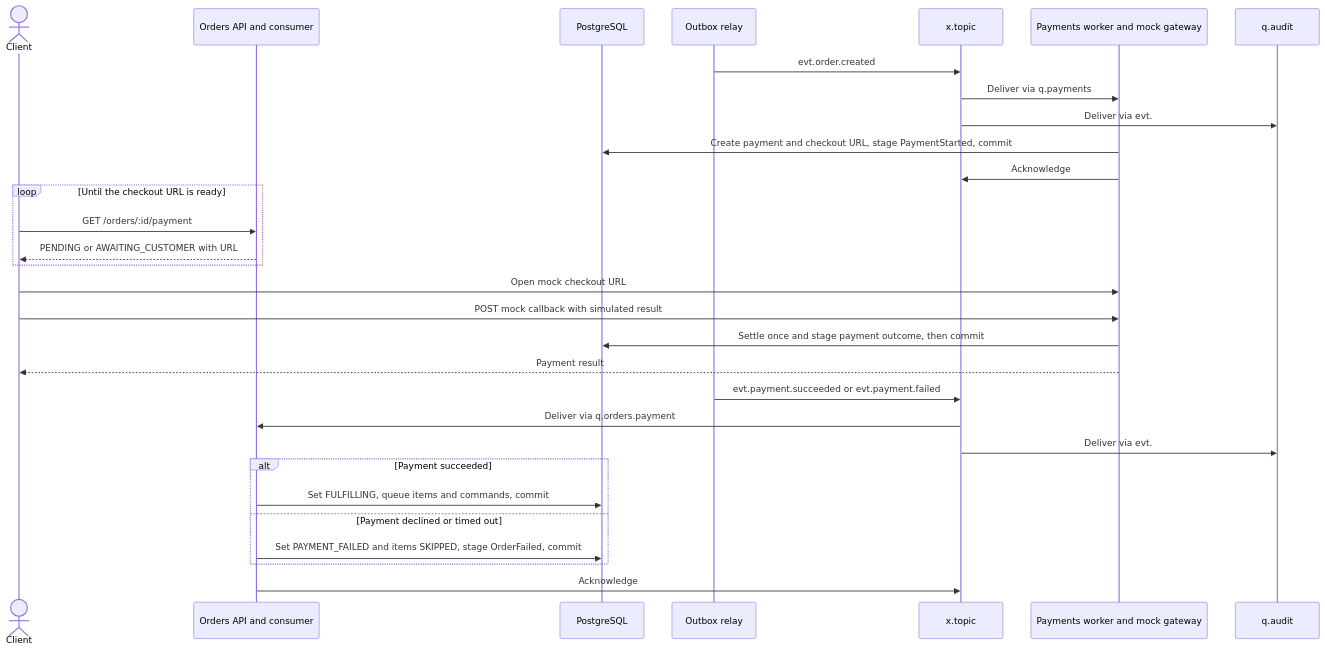
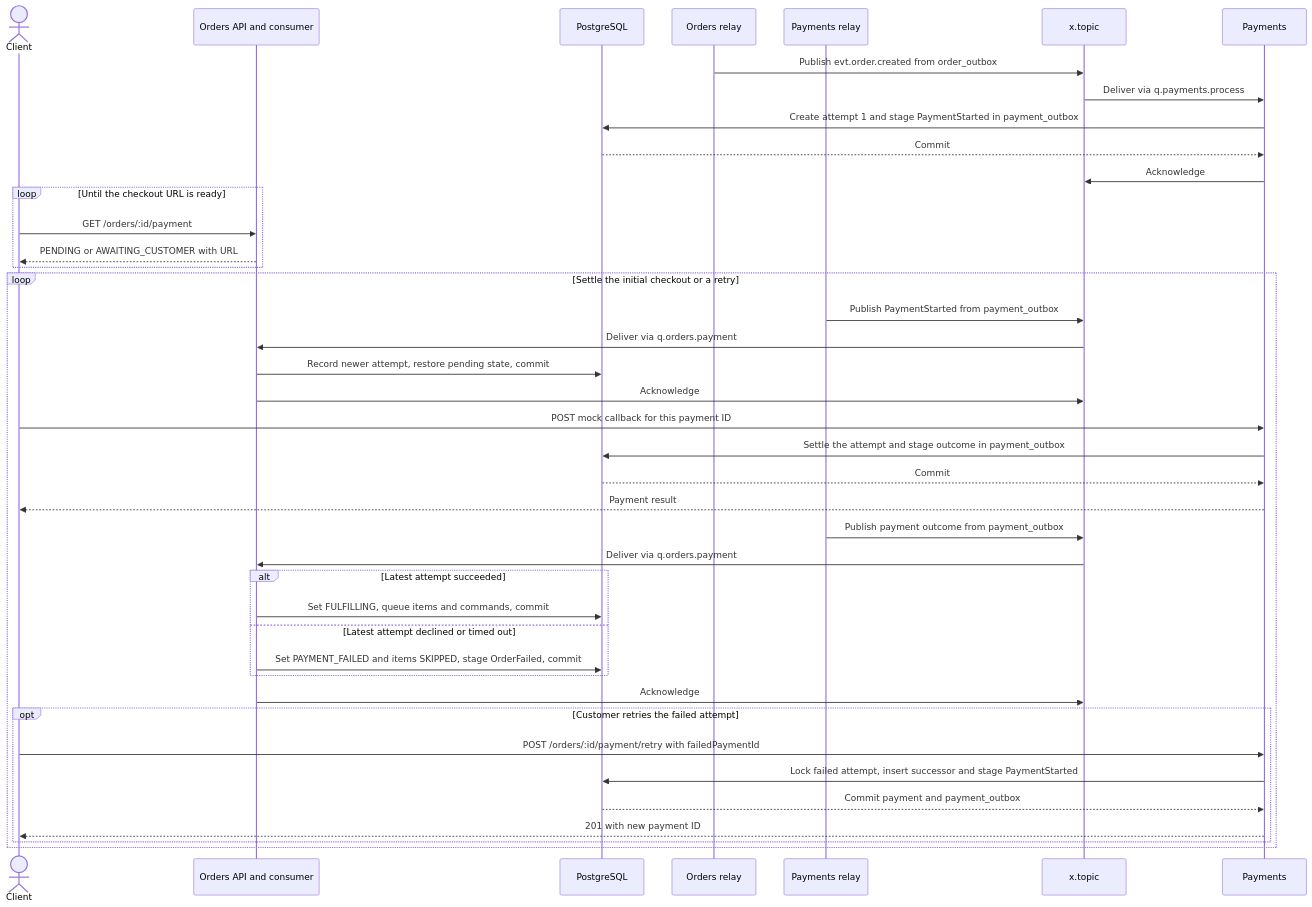
Before and after one commit to dinno7/distributed-ecommerce: the first of 2 diagrams in docs/diagrams/fulfill_order.md, drawn with Mermaid. The commit also changed other lines of this file and 1 other file, not shown here.

Commit message:
docs:  changes in seq diagrams

````diff
--- a/docs/diagrams/fulfill_order.md
+++ b/docs/diagrams/fulfill_order.md
@@ -7,35 +7,47 @@
 ```mermaid
 sequenceDiagram
     actor Client
     participant Orders as Orders API and consumer
     participant DB as PostgreSQL
-    participant Relay as Outbox relay
+    participant OrderRelay as Orders relay
+    participant PaymentRelay as Payments relay
     participant MQ as x.topic
-    participant Pay as Payments worker and mock gateway
-    participant Audit as q.audit
-
-    Relay->>MQ: evt.order.created
-    MQ->>Pay: Deliver via q.payments
-    MQ->>Audit: Deliver via evt.#
-    Pay->>DB: Create payment and checkout URL, stage PaymentStarted, commit
+    participant Pay as Payments
+    OrderRelay->>MQ: Publish evt.order.created from order_outbox
+    MQ->>Pay: Deliver via q.payments.process
+    Pay->>DB: Create attempt 1 and stage PaymentStarted in payment_outbox
+    DB-->>Pay: Commit
     Pay->>MQ: Acknowledge
 
     loop Until the checkout URL is ready
         Client->>Orders: GET /orders/:id/payment
         Orders-->>Client: PENDING or AWAITING_CUSTOMER with URL
     end
-    Client->>Pay: Open mock checkout URL
-    Client->>Pay: POST mock callback with simulated result
-    Pay->>DB: Settle once and stage payment outcome, then commit
-    Pay-->>Client: Payment result
+    loop Settle the initial checkout or a retry
+        PaymentRelay->>MQ: Publish PaymentStarted from payment_outbox
+        MQ->>Orders: Deliver via q.orders.payment
+        Orders->>DB: Record newer attempt, restore pending state, commit
+        Orders->>MQ: Acknowledge
 
-    Relay->>MQ: evt.payment.succeeded or evt.payment.failed
-    MQ->>Orders: Deliver via q.orders.payment
-    MQ->>Audit: Deliver via evt.#
-    alt Payment succeeded
-        Orders->>DB: Set FULFILLING, queue items and commands, commit
-    else Payment declined or timed out
-        Orders->>DB: Set PAYMENT_FAILED and items SKIPPED, stage OrderFailed, commit
+        Client->>Pay: POST mock callback for this payment ID
+        Pay->>DB: Settle the attempt and stage outcome in payment_outbox
+        DB-->>Pay: Commit
+        Pay-->>Client: Payment result
+
+        PaymentRelay->>MQ: Publish payment outcome from payment_outbox
+        MQ->>Orders: Deliver via q.orders.payment
+        alt Latest attempt succeeded
+            Orders->>DB: Set FULFILLING, queue items and commands, commit
+        else Latest attempt declined or timed out
+            Orders->>DB: Set PAYMENT_FAILED and items SKIPPED, stage OrderFailed, commit
+        end
+        Orders->>MQ: Acknowledge
+
+        opt Customer retries the failed attempt
+            Client->>Pay: POST /orders/:id/payment/retry with failedPaymentId
+            Pay->>DB: Lock failed attempt, insert successor and stage PaymentStarted
+            DB-->>Pay: Commit payment and payment_outbox
+            Pay-->>Client: 201 with new payment ID
+        end
     end
-    Orders->>MQ: Acknowledge
 ```
````
